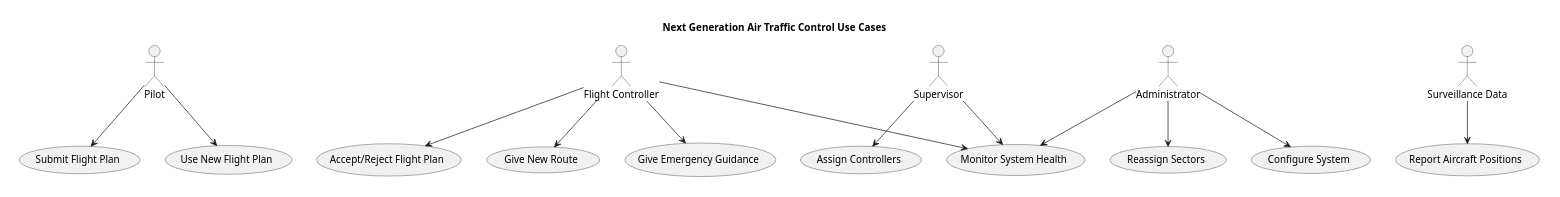
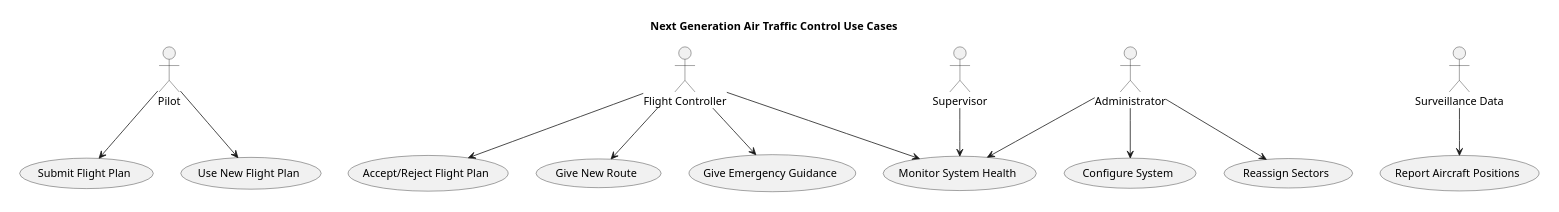
Before and after one commit to erikorlowski/cscie97: the first of 8 diagrams in cscie97/asn5/design.md, drawn with PlantUML. The commit also changed other lines of this file, not shown here.

Commit message:
Start of Flight Controller class diagram

````diff
--- a/cscie97/asn5/design.md
+++ b/cscie97/asn5/design.md
@@ -316,36 +316,34 @@
 ```plantuml
 @startuml
 title Next Generation Air Traffic Control Use Cases
 scale max 800 width
 
 actor Pilot
 actor "Flight Controller" as ctrl
 actor Supervisor
 actor Administrator
 actor "Surveillance Data" as data
 
 usecase "Submit Flight Plan" as plan
 usecase "Use New Flight Plan" as usenew
 usecase "Accept/Reject Flight Plan" as accept
 usecase "Give New Route" as reroute
 usecase "Give Emergency Guidance" as guide
 usecase "Report Aircraft Positions" as report
-usecase "Assign Controllers" as assign
 usecase "Configure System" as cfg
 usecase "Reassign Sectors" as sector
 usecase "Monitor System Health" as monitor
 
 Pilot --> plan
 Pilot --> usenew
 ctrl --> accept
 ctrl --> reroute
 ctrl --> guide
-Supervisor --> assign
 Administrator --> cfg
 Administrator --> sector
 data --> report
 Supervisor --> monitor
 Administrator --> monitor
 ctrl --> monitor
 @enduml
 ```
````
